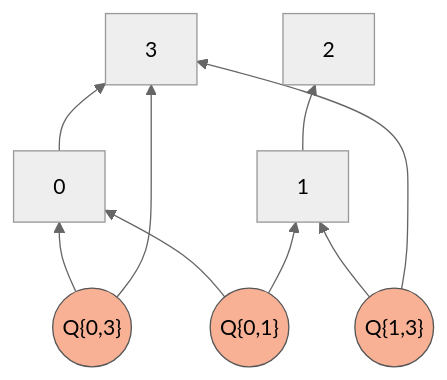
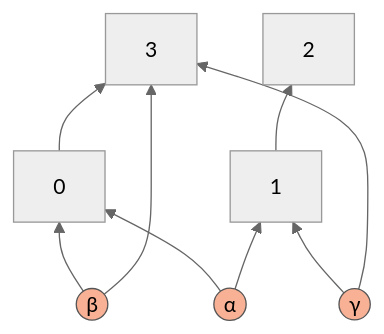
The seventh of 10 diagrams in manuscript/kpc_figure4_vs_code.md (eliewolfe/mDAG-analysis), drawn with Mermaid (neutral theme) before and after one commit. The commit also changed other lines of this file and 8 other files, not shown here.

````diff
--- a/manuscript/kpc_figure4_vs_code.md
+++ b/manuscript/kpc_figure4_vs_code.md
@@ -244,13 +313,13 @@
 ```mermaid
 flowchart BT
-    L01(("Q{0,1}")) --> n0[0]
-    L01 --> n1[1]
-    L03(("Q{0,3}")) --> n0
-    L03 --> n3[3]
-    L13(("Q{1,3}")) --> n1
-    L13 --> n3
+    a(("α")) --> n0[0]
+    a --> n1[1]
+    b(("β")) --> n0
+    b --> n3[3]
+    c(("γ")) --> n1
+    c --> n3
     n0 --> n3
     n1 --> n2[2]
     classDef latent fill:#f8b195,stroke:#555,color:#000
-    class L01,L03,L13 latent
+    class a,b,c latent
 ```
````
